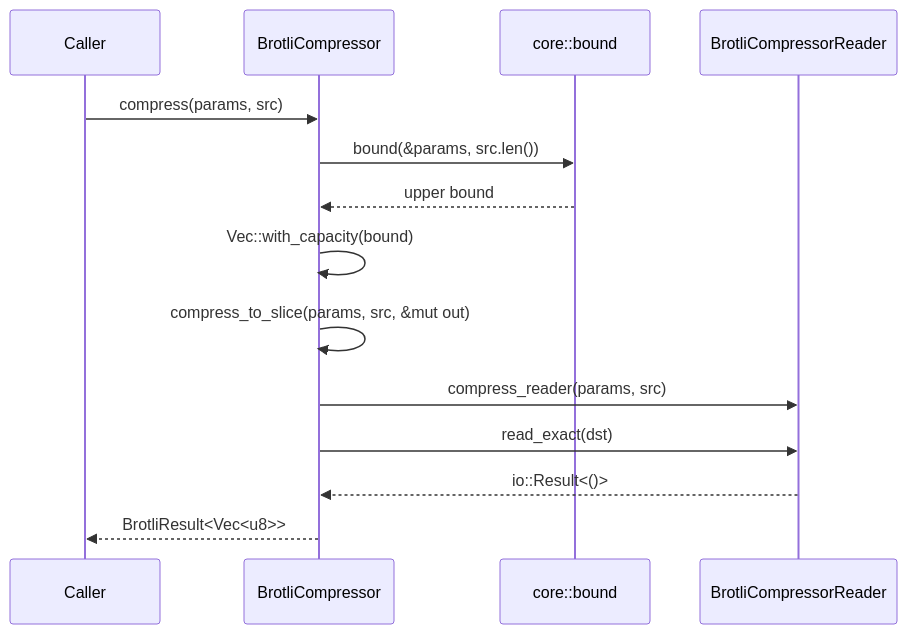
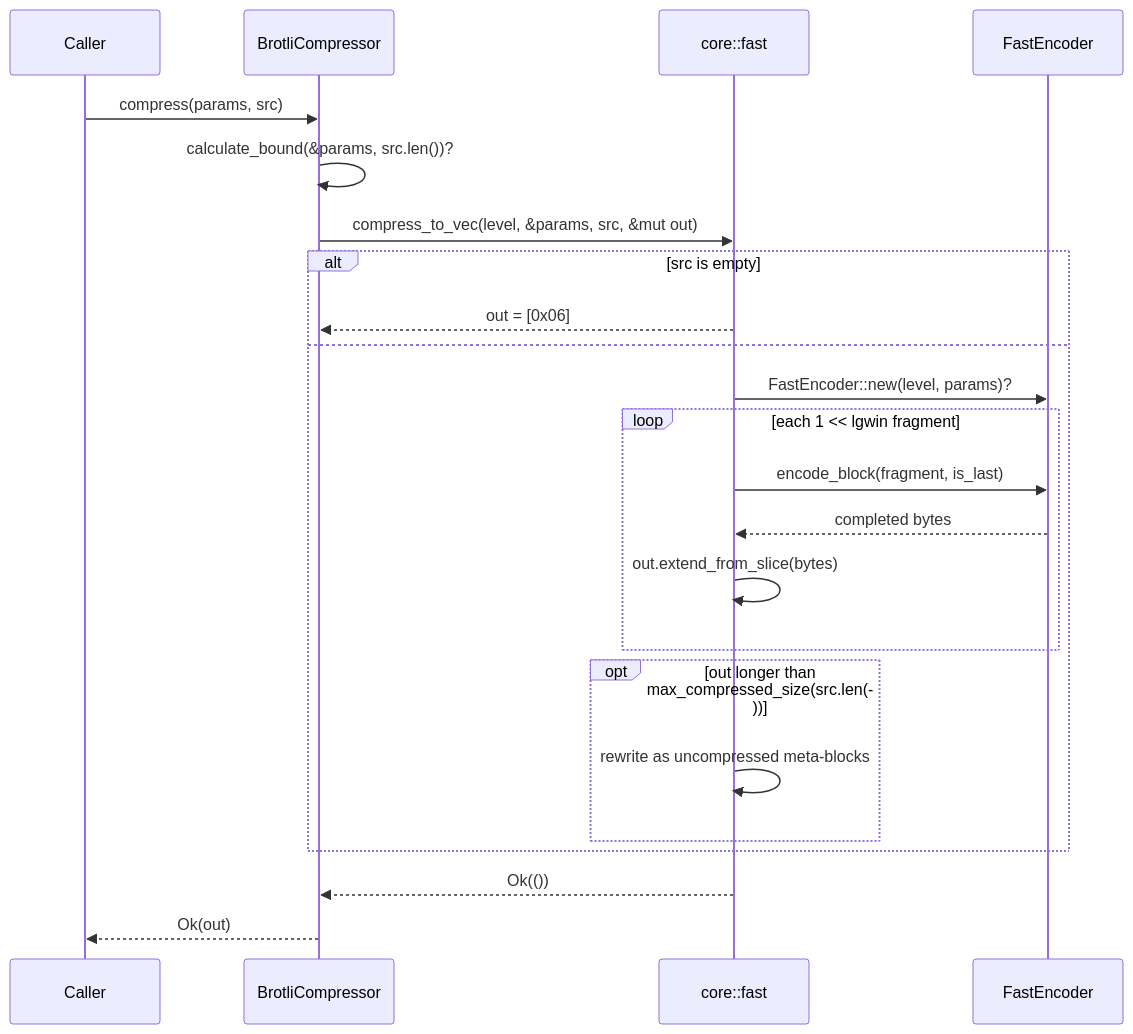
Before and after one commit to Mnwa/mbrotli: the third of 7 diagrams in architecture/compressor.md, drawn with Mermaid. The commit also changed other lines of this file and 52 other files, not shown here.

````diff
--- a/architecture/compressor.md
+++ b/architecture/compressor.md
@@ -143,17 +128,26 @@
 ```mermaid
 sequenceDiagram
     participant Caller
-    participant C as BrotliCompressor
-    participant B as core::bound
-    participant R as BrotliCompressorReader
+    participant API as BrotliCompressor
+    participant Fast as core::fast
+    participant Enc as FastEncoder
 
-    Caller->>C: compress(params, src)
-    C->>B: bound(&params, src.len())
-    B-->>C: upper bound
-    C->>C: Vec::with_capacity(bound)
-    C->>C: compress_to_slice(params, src, &mut out)
-    C->>R: compress_reader(params, src)
-    C->>R: read_exact(dst)
-    R-->>C: io::Result<()>
-    C-->>Caller: BrotliResult<Vec<u8>>
+    Caller->>API: compress(params, src)
+    API->>API: calculate_bound(&params, src.len())?
+    API->>Fast: compress_to_vec(level, &params, src, &mut out)
+    alt src is empty
+        Fast-->>API: out = [0x06]
+    else
+        Fast->>Enc: FastEncoder::new(level, params)?
+        loop each 1 << lgwin fragment
+            Fast->>Enc: encode_block(fragment, is_last)
+            Enc-->>Fast: completed bytes
+            Fast->>Fast: out.extend_from_slice(bytes)
+        end
+        opt out longer than max_compressed_size(src.len())
+            Fast->>Fast: rewrite as uncompressed meta-blocks
+        end
+    end
+    Fast-->>API: Ok(())
+    API-->>Caller: Ok(out)
 ```
````
